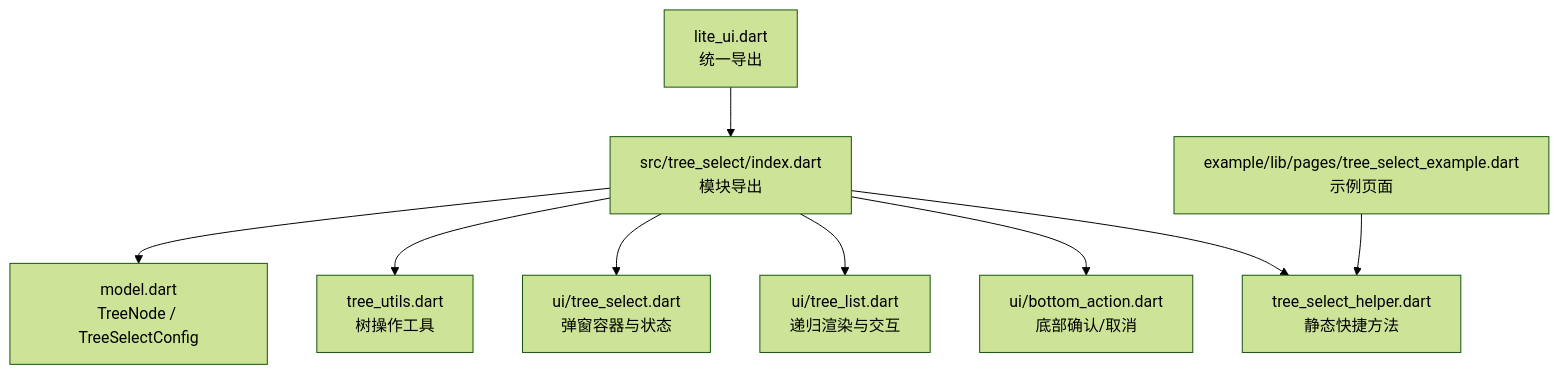
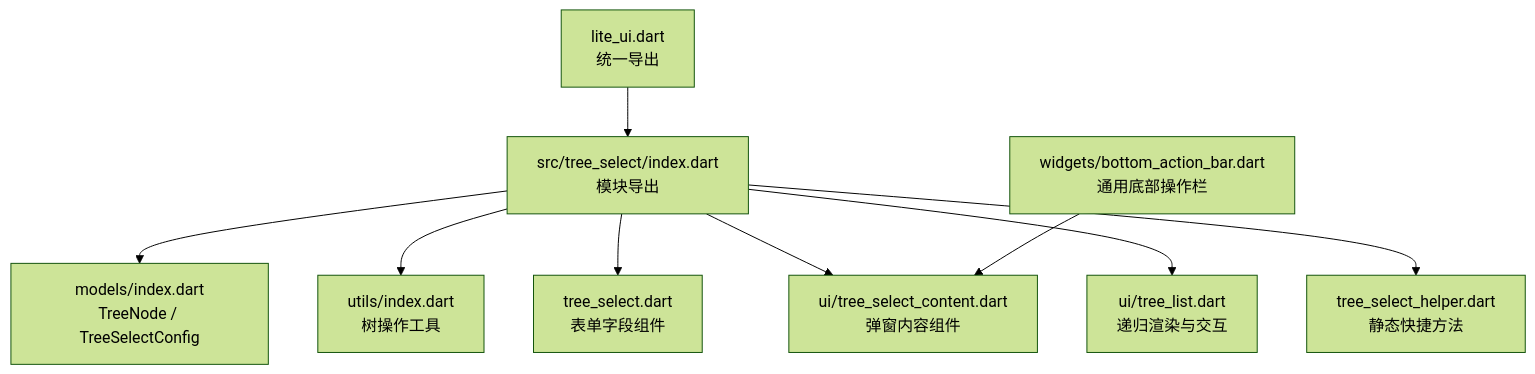
Before and after one commit to yuzhido/lite-ui: the first of 5 diagrams in .qoder/repowiki/zh/content/高级组件/树形选择器.md, drawn with Mermaid (forest theme). The commit also changed other lines of this file and 22 other files, not shown here.

````diff
--- a/.qoder/repowiki/zh/content/高级组件/树形选择器.md
+++ b/.qoder/repowiki/zh/content/高级组件/树形选择器.md
@@ -37,11 +45,11 @@
 ```mermaid
 graph TB
 A["lite_ui.dart<br/>统一导出"] --> B["src/tree_select/index.dart<br/>模块导出"]
-B --> C["model.dart<br/>TreeNode / TreeSelectConfig"]
-B --> D["tree_utils.dart<br/>树操作工具"]
-B --> E["ui/tree_select.dart<br/>弹窗容器与状态"]
-B --> F["ui/tree_list.dart<br/>递归渲染与交互"]
-B --> G["ui/bottom_action.dart<br/>底部确认/取消"]
+B --> C["models/index.dart<br/>TreeNode / TreeSelectConfig"]
+B --> D["utils/index.dart<br/>树操作工具"]
+B --> E["tree_select.dart<br/>表单字段组件"]
+B --> F["ui/tree_select_content.dart<br/>弹窗内容组件"]
+B --> G["ui/tree_list.dart<br/>递归渲染与交互"]
 B --> H["tree_select_helper.dart<br/>静态快捷方法"]
-I["example/lib/pages/tree_select_example.dart<br/>示例页面"] --> H
+I["widgets/bottom_action_bar.dart<br/>通用底部操作栏"] --> F
 ```
````
